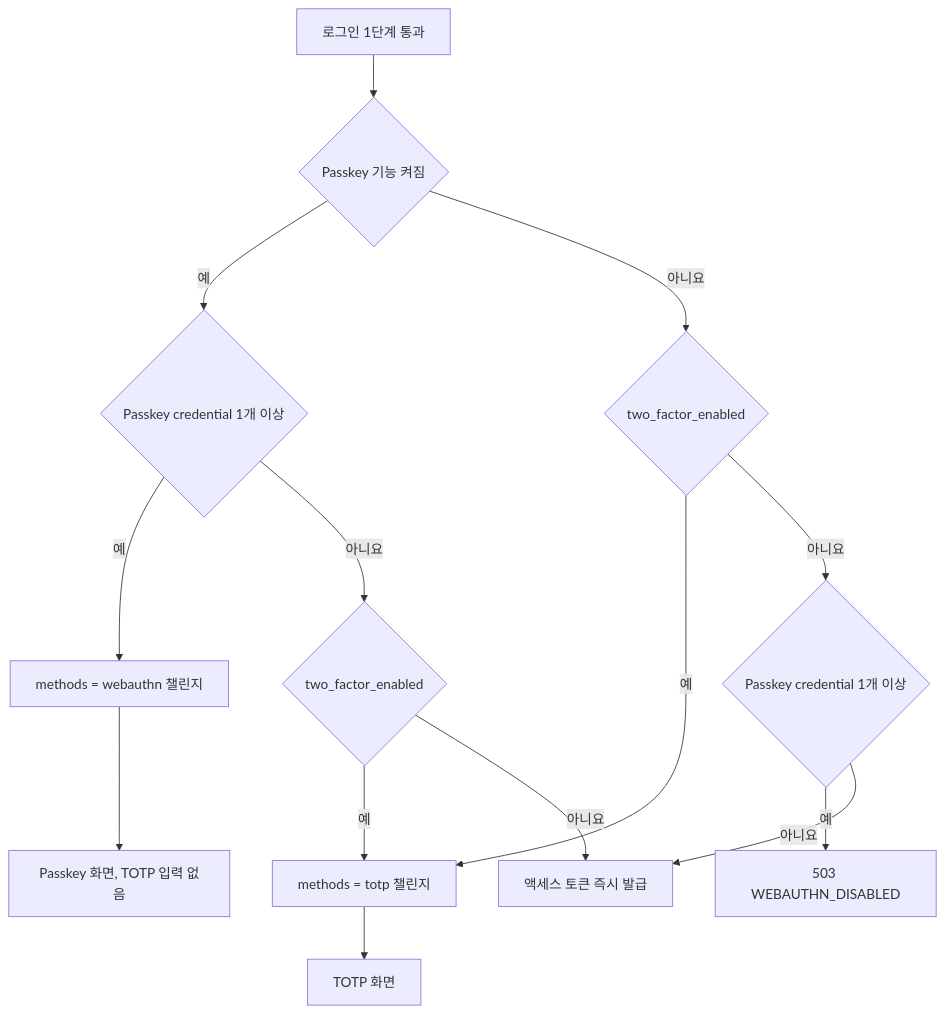
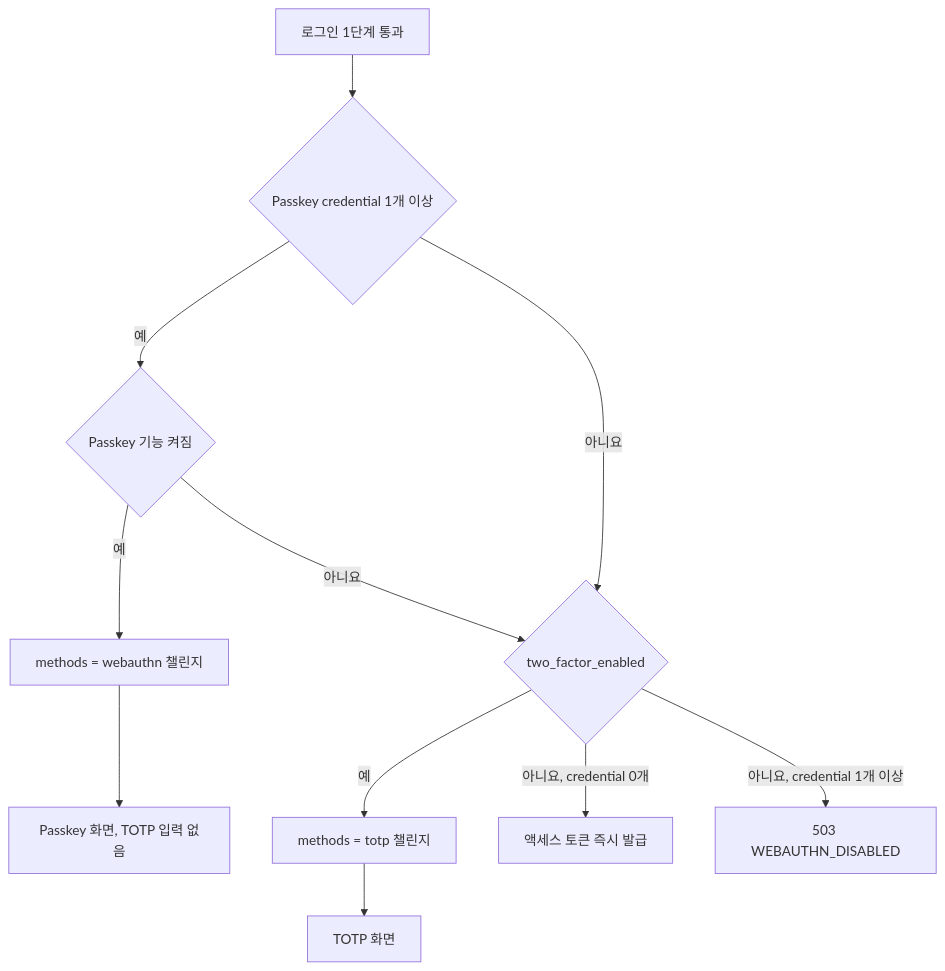
Before and after one commit to worker-ants/clemvion: the first of 3 diagrams in spec/CLE-ACCT/CLE-ACCT-SIGNIN.md, drawn with Mermaid. The commit also changed other lines of this file and 41 other files, not shown here.

````diff
--- a/spec/CLE-ACCT/CLE-ACCT-SIGNIN.md
+++ b/spec/CLE-ACCT/CLE-ACCT-SIGNIN.md
@@ -244,16 +244,13 @@
 ```mermaid
 flowchart TD
-  A[로그인 1단계 통과] --> P{Passkey 기능 켜짐}
-  P -- 예 --> B{Passkey credential 1개 이상}
-  P -- 아니요 --> Q{two_factor_enabled}
-  B -- 예 --> C[methods = webauthn 챌린지]
-  B -- 아니요 --> D{two_factor_enabled}
+  A[로그인 1단계 통과] --> B{Passkey credential 1개 이상}
+  B -- 예 --> P{Passkey 기능 켜짐}
+  P -- 예 --> C[methods = webauthn 챌린지]
+  P -- 아니요 --> D{two_factor_enabled}
+  B -- 아니요 --> D
   D -- 예 --> E[methods = totp 챌린지]
-  D -- 아니요 --> F[액세스 토큰 즉시 발급]
-  Q -- 예 --> E
-  Q -- 아니요 --> R{Passkey credential 1개 이상}
-  R -- 예 --> S[503 WEBAUTHN_DISABLED]
-  R -- 아니요 --> F
+  D -- "아니요, credential 0개" --> F[액세스 토큰 즉시 발급]
+  D -- "아니요, credential 1개 이상" --> S[503 WEBAUTHN_DISABLED]
   C --> G[Passkey 화면, TOTP 입력 없음]
   E --> H[TOTP 화면]
 ```
````
